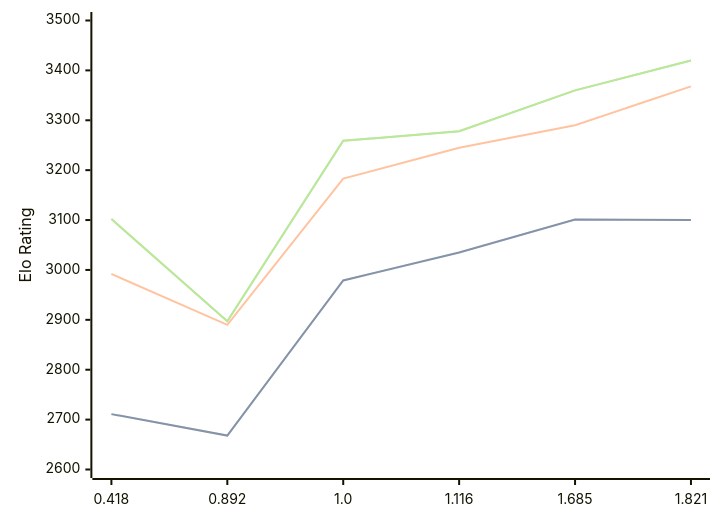
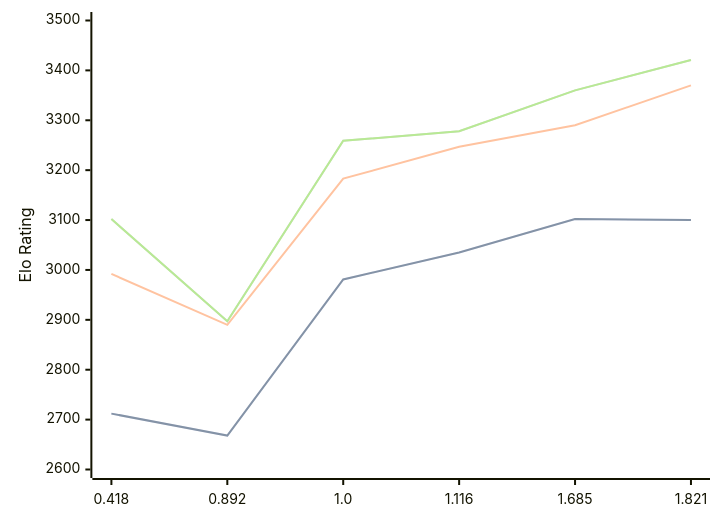
Before and after one commit to computer-chess-index/cci: the diagram in engines/Malika.md, drawn with Mermaid. The commit also changed other lines of this file, not shown here.

Commit message:
Update CCI Ratings (ELO VLTC) - 2026-09-07

````diff
--- a/engines/Malika.md
+++ b/engines/Malika.md
@@ -36,11 +36,11 @@
 ```mermaid
 %%{init: {"theme":"base","themeVariables":{"seriesColors:['#a3a3a3','#222221','#faa371']}}}%%
 xychart-beta
   x-axis ["0.418", "0.892", "1.0", "1.116", "1.685", "1.821"]
   y-axis "Elo Rating" 2600 --> 3500
-  line "" [2711, 2668, 2979, 3035, 3101, 3100]
-  line "STC (8.0+0.08s)" [2711, 2668, 2979, 3035, 3101, 3100]
-  line "LTC (60.0+0.60s)" [2992, 2890, 3183, 3245, 3290, 3368]
-  line "" [3102, 2897, 3259, 3278, 3360, 3420]
-  line "VLTC (2m24s+1.12s)" [3102, 2897, 3259, 3278, 3360, 3420]
+  line "" [2712, 2668, 2981, 3035, 3102, 3100]
+  line "STC (8.0+0.08s)" [2712, 2668, 2981, 3035, 3102, 3100]
+  line "LTC (60.0+0.60s)" [2992, 2890, 3183, 3247, 3290, 3370]
+  line "" [3102, 2897, 3259, 3278, 3360, 3421]
+  line "VLTC (2m24s+1.12s)" [3102, 2897, 3259, 3278, 3360, 3421]
 ```
````
